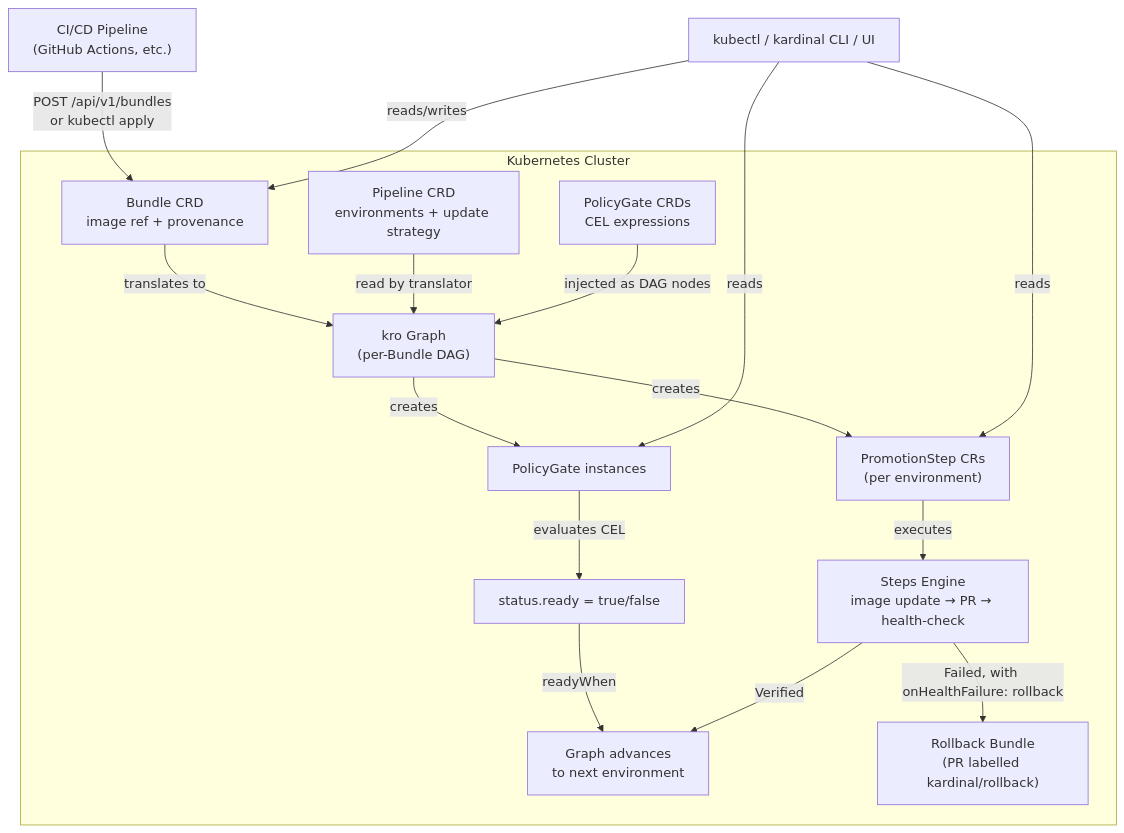
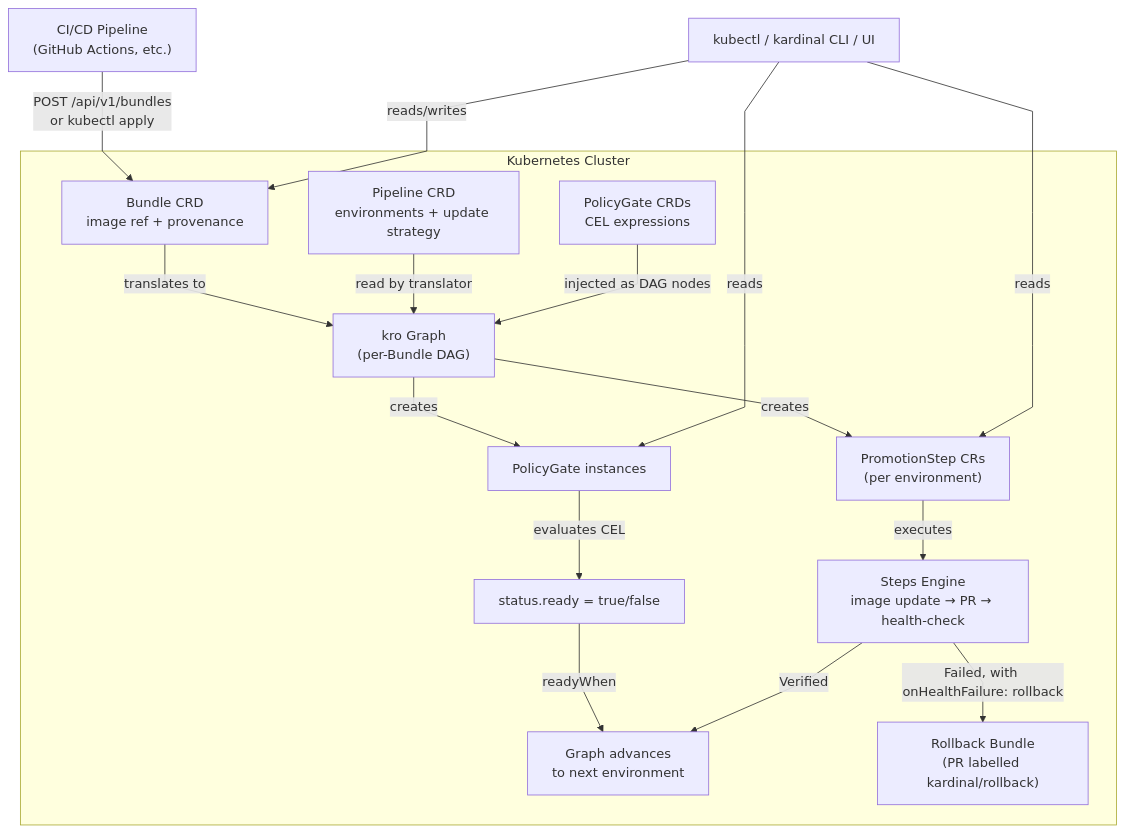
One commit to pnz1990/kardinal-promoter changed the first of 2 diagrams in docs/architecture.md. Above: the diagram before and after it, drawn with Mermaid. The commit also changed other lines of this file and 18 other files, not shown here.

````diff
--- a/docs/architecture.md
+++ b/docs/architecture.md
@@ -9,29 +9,30 @@
 ```mermaid
+%%{init: {'flowchart': {'curve': 'linear'}}}%%
 graph TD
     CI["CI/CD Pipeline<br/>(GitHub Actions, etc.)"] -->|"POST /api/v1/bundles<br/>or kubectl apply"| Bundle
 
     subgraph "Kubernetes Cluster"
         Bundle["Bundle CRD<br/>image ref + provenance"]
         Pipeline["Pipeline CRD<br/>environments + update strategy"]
         PolicyGate["PolicyGate CRDs<br/>CEL expressions"]
 
         Bundle -->|"translates to"| Graph["kro Graph<br/>(per-Bundle DAG)"]
         Pipeline -->|"read by translator"| Graph
         PolicyGate -->|"injected as DAG nodes"| Graph
 
         Graph -->|"creates"| PS["PromotionStep CRs<br/>(per environment)"]
         Graph -->|"creates"| PGI["PolicyGate instances"]
 
         PS -->|"executes"| Steps["Steps Engine<br/>image update → PR → health-check"]
         PGI -->|"evaluates CEL"| PGR["status.ready = true/false"]
 
         PGR -->|"readyWhen"| GraphAdv["Graph advances<br/>to next environment"]
         Steps -->|"Verified"| GraphAdv
 
         Steps -->|"Failed, with onHealthFailure: rollback"| Rollback["Rollback Bundle<br/>(PR labelled kardinal/rollback)"]
     end
 
     kubectl["kubectl / kardinal CLI / UI"] -->|"reads/writes"| Bundle
     kubectl -->|"reads"| PS
     kubectl -->|"reads"| PGI
 ```
````
